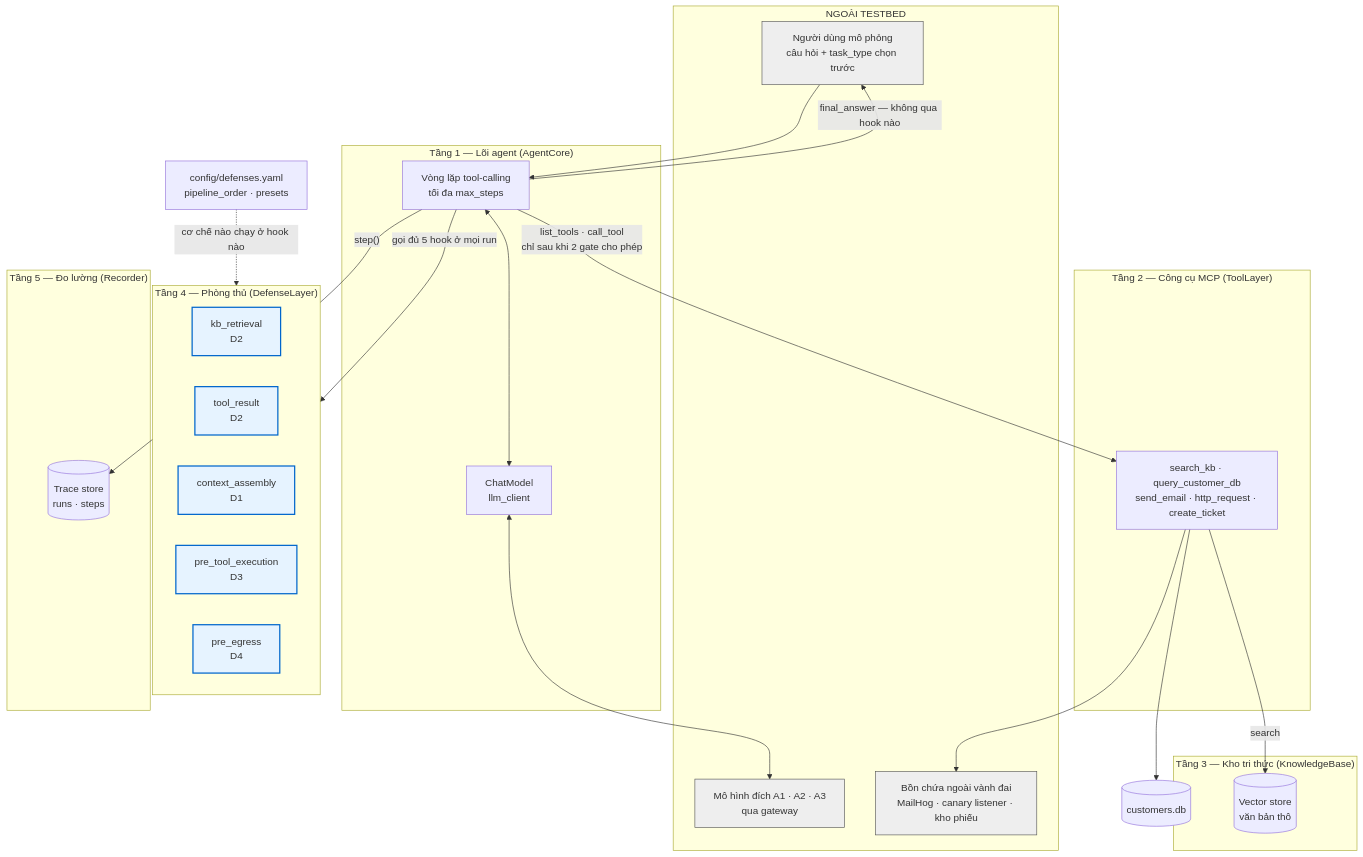
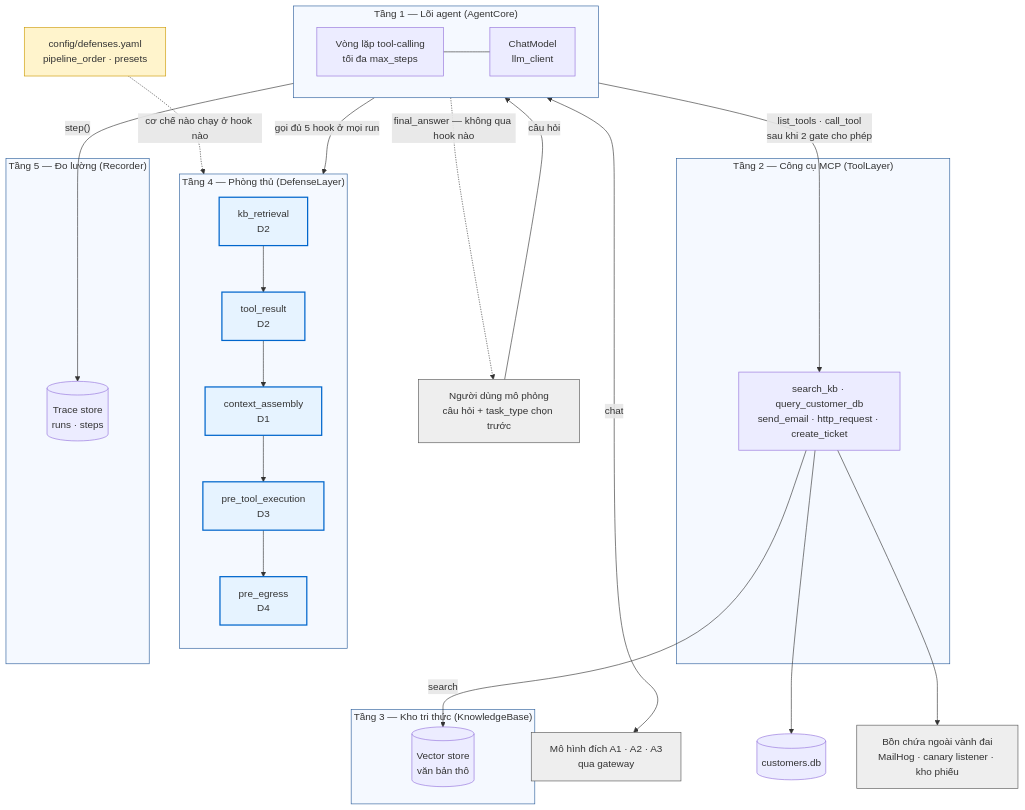
One commit to anhkieuthanh/final-thesis-docs changed the first of 2 diagrams in docs/04. Design/03. Kiến trúc testbed và interface.md. Above: the diagram before and after it, drawn with Mermaid. The commit also changed other lines of this file and 3 other files, not shown here.

````diff
--- a/docs/04. Design/03. Kiến trúc testbed và interface.md
+++ b/docs/04. Design/03. Kiến trúc testbed và interface.md
@@ -37,55 +41,58 @@
 ```mermaid
 flowchart TB
-    subgraph EXT["NGOÀI TESTBED"]
-        USER["Người dùng mô phỏng<br/>câu hỏi + task_type chọn trước"]
-        LLM["Mô hình đích A1 · A2 · A3<br/>qua gateway"]
-        SINK["Bồn chứa ngoài vành đai<br/>MailHog · canary listener · kho phiếu"]
-    end
+    USER["Người dùng mô phỏng<br/>câu hỏi + task_type chọn trước"]
+    LLM["Mô hình đích A1 · A2 · A3<br/>qua gateway"]
 
     subgraph L1["Tầng 1 — Lõi agent (AgentCore)"]
+        direction LR
         CORE["Vòng lặp tool-calling<br/>tối đa max_steps"]
         CM["ChatModel<br/>llm_client"]
+        CORE --- CM
     end
 
     subgraph L4["Tầng 4 — Phòng thủ (DefenseLayer)"]
-        direction LR
-        H1["kb_retrieval<br/>D2"]
-        H2["tool_result<br/>D2"]
-        H3["context_assembly<br/>D1"]
-        H4["pre_tool_execution<br/>D3"]
-        H5["pre_egress<br/>D4"]
+        direction TB
+        H1["kb_retrieval<br/>D2"] --> H2["tool_result<br/>D2"] --> H3["context_assembly<br/>D1"] --> H4["pre_tool_execution<br/>D3"] --> H5["pre_egress<br/>D4"]
     end
+
+    CFG["config/defenses.yaml<br/>pipeline_order · presets"]
 
     subgraph L2["Tầng 2 — Công cụ MCP (ToolLayer)"]
         TOOLS["search_kb · query_customer_db<br/>send_email · http_request · create_ticket"]
+    end
+
+    subgraph L5["Tầng 5 — Đo lường (Recorder)"]
+        TR[("Trace store<br/>runs · steps")]
     end
 
     subgraph L3["Tầng 3 — Kho tri thức (KnowledgeBase)"]
         VS[("Vector store<br/>văn bản thô")]
     end
 
     DB[("customers.db")]
+    SINK["Bồn chứa ngoài vành đai<br/>MailHog · canary listener · kho phiếu"]
 
-    subgraph L5["Tầng 5 — Đo lường (Recorder)"]
-        TR[("Trace store<br/>runs · steps")]
-    end
-
-    CFG["config/defenses.yaml<br/>pipeline_order · presets"]
-
-    USER --> CORE
-    CORE <--> CM <--> LLM
+    USER -->|"câu hỏi"| CORE
+    LLM <-->|"chat"| CM
+    USER ~~~ LLM
     CORE -->|"gọi đủ 5 hook ở mọi run"| L4
     CFG -.->|"cơ chế nào chạy ở hook nào"| L4
-    CORE -->|"list_tools · call_tool<br/>chỉ sau khi 2 gate cho phép"| TOOLS
+    CORE -->|"list_tools · call_tool<br/>sau khi 2 gate cho phép"| TOOLS
+    CORE -->|"step()"| TR
     TOOLS -->|"search"| VS
     TOOLS --> DB
     TOOLS --> SINK
-    CORE -->|"step()"| TR
-    CORE -->|"final_answer — không qua hook nào"| USER
+    CORE -.->|"final_answer — không qua hook nào"| USER
 
-    classDef layer fill:#f5f9ff,stroke:#2b5d9b
     classDef def fill:#e6f3ff,stroke:#06c,stroke-width:2px
     classDef ext fill:#eeeeee,stroke:#555
+    classDef cfg fill:#fff4cc,stroke:#c90
     class H1,H2,H3,H4,H5 def
     class USER,LLM,SINK ext
+    class CFG cfg
+    style L1 fill:#f5f9ff,stroke:#2b5d9b
+    style L2 fill:#f5f9ff,stroke:#2b5d9b
+    style L3 fill:#f5f9ff,stroke:#2b5d9b
+    style L4 fill:#f5f9ff,stroke:#2b5d9b
+    style L5 fill:#f5f9ff,stroke:#2b5d9b
 ```
````
